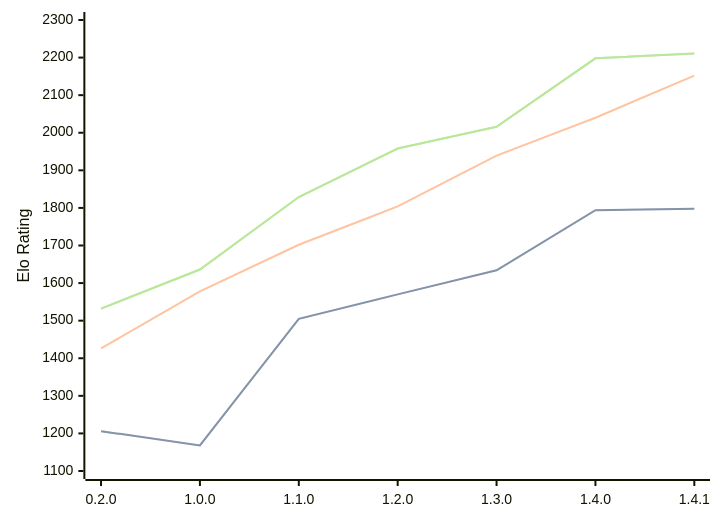
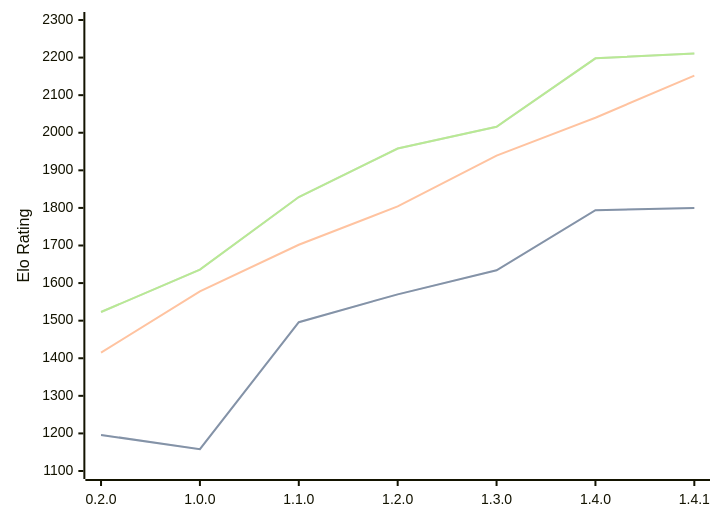
Before and after one commit to computer-chess-index/cci: the diagram in engines/Zeppelin.md, drawn with Mermaid. The commit also changed other lines of this file, not shown here.

Commit message:
Update CCI Ratings (ELO VLTC) - 2026-03-19

````diff
--- a/engines/Zeppelin.md
+++ b/engines/Zeppelin.md
@@ -37,11 +39,11 @@
 ```mermaid
 %%{init: {"theme":"base","themeVariables":{"seriesColors:['#a3a3a3','#222221','#faa371']}}}%%
 xychart-beta
   x-axis ["0.2.0", "1.0.0", "1.1.0", "1.2.0", "1.3.0", "1.4.0", "1.4.1"]
   y-axis "Elo Rating" 1100 --> 2300
-  line "STC (8.0+0.08s)" [1206, 1168, 1505, 1570, 1634, 1794, 1798]
-  line "STC (8.0+0.08s)" [1206, 1168, 1505, 1570, 1634, 1794, 1798]
-  line "LTC (60.0+0.60s)" [1426, 1578, 1702, 1804, 1939, 2040, 2152]
-  line "VLTC (2m24s+1.12s)" [1532, 1636, 1829, 1958, 2016, 2198, 2211]
-  line "VLTC (2m24s+1.12s)" [1532, 1636, 1829, 1958, 2016, 2198, 2211]
+  line "STC (8.0+0.08s)" [1196, 1158, 1496, 1570, 1634, 1794, 1800]
+  line "STC (8.0+0.08s)" [1196, 1158, 1496, 1570, 1634, 1794, 1800]
+  line "LTC (60.0+0.60s)" [1415, 1578, 1702, 1804, 1939, 2040, 2152]
+  line "VLTC (2m24s+1.12s)" [1523, 1636, 1829, 1958, 2016, 2198, 2211]
+  line "VLTC (2m24s+1.12s)" [1523, 1636, 1829, 1958, 2016, 2198, 2211]
 ```
````
